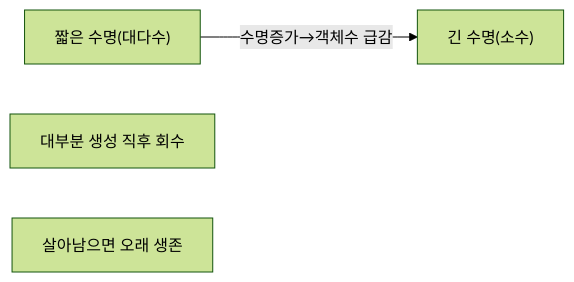
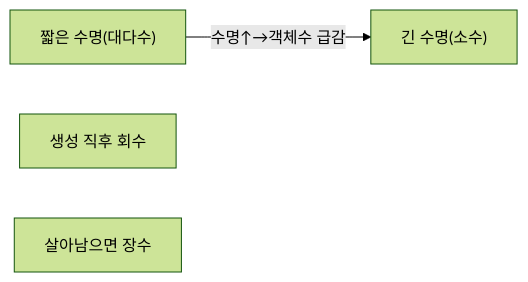
The seventh of 29 diagrams in _posts/java/2026-05-01-java-garbage-collector.md (yjkim2015/yjkim2015.github.io), drawn with Mermaid (forest theme) before and after one commit. The commit also changed other lines of this file and 48 other files, not shown here.

First line of the commit message:
Mermaid 최종 47건 수정: participant/노드/줄수/라벨 전부 기준 이하

````diff
--- a/_posts/java/2026-05-01-java-garbage-collector.md
+++ b/_posts/java/2026-05-01-java-garbage-collector.md
@@ -134,6 +134,6 @@
 ```mermaid
 graph LR
-    S["짧은 수명(대다수)"] -->|"수명증가→객체수 급감"| L["긴 수명(소수)"]
-    N1["대부분 생성 직후 회수"]
-    N2["살아남으면 오래 생존"]
+    S["짧은 수명(대다수)"] -->|"수명↑→객체수 급감"| L["긴 수명(소수)"]
+    N1["생성 직후 회수"]
+    N2["살아남으면 장수"]
 ```
````
